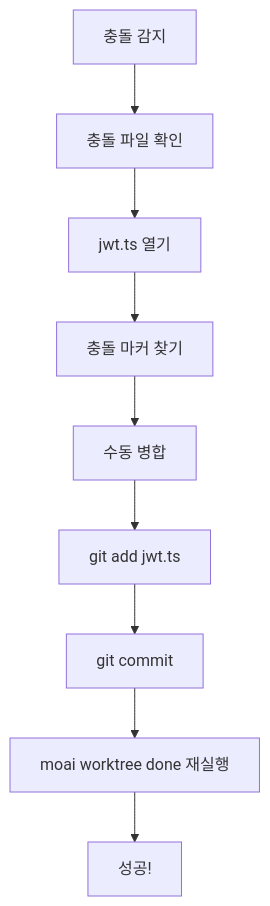
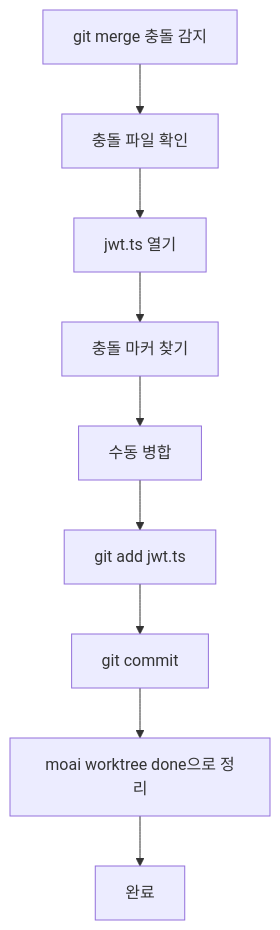
The third of 4 diagrams in docs-site/content/ko/worktree/examples.md (modu-ai/moai-adk), drawn with Mermaid before and after one commit. The commit also changed other lines of this file and 180 other files, not shown here.

````diff
--- a/docs-site/content/ko/worktree/examples.md
+++ b/docs-site/content/ko/worktree/examples.md
@@ -408,11 +395,11 @@
 ```mermaid
 flowchart TD
-    A[충돌 감지] --> B[충돌 파일 확인]
+    A[git merge 충돌 감지] --> B[충돌 파일 확인]
     B --> C[jwt.ts 열기]
     C --> D[충돌 마커 찾기]
     D --> E[수동 병합]
     E --> F[git add jwt.ts]
     F --> G[git commit]
-    G --> H[moai worktree done 재실행]
-    H --> I[성공!]
+    G --> H[moai worktree done으로 정리]
+    H --> I[완료]
 ```
````
